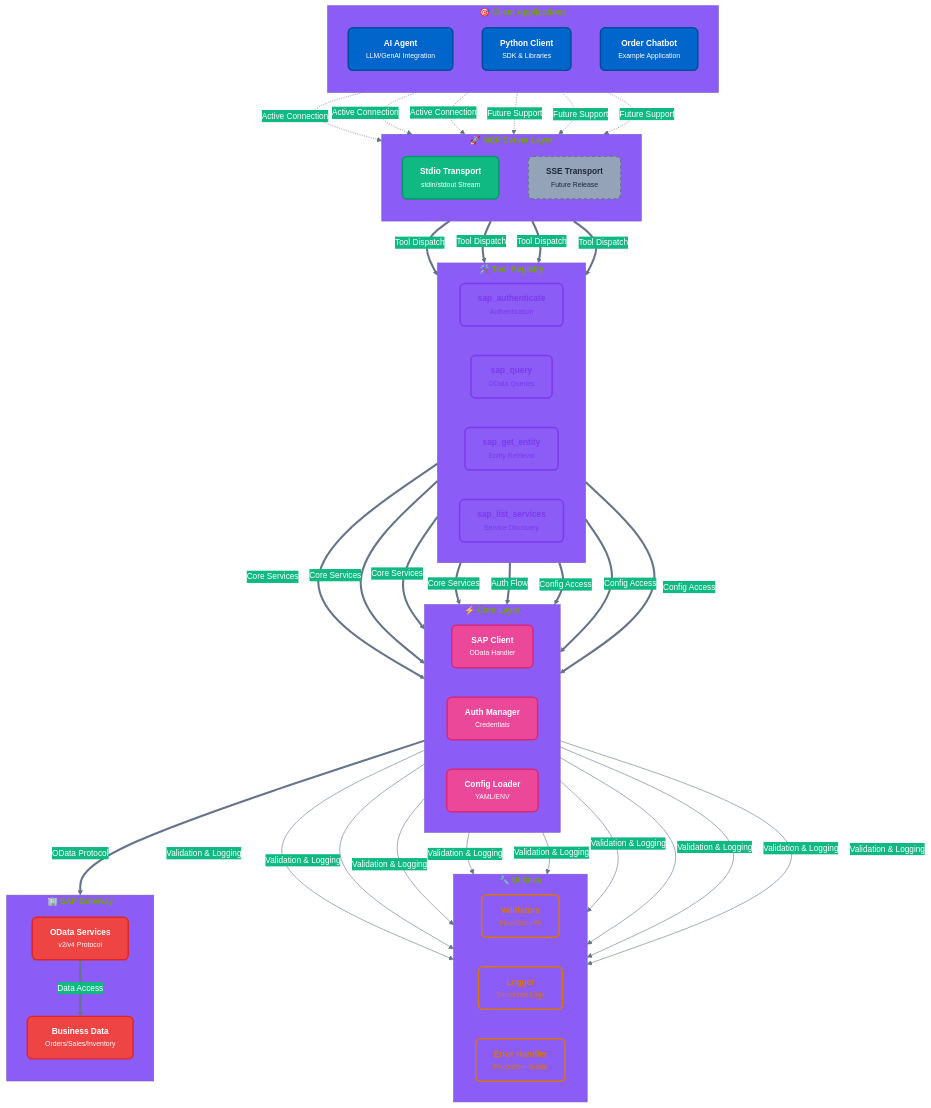
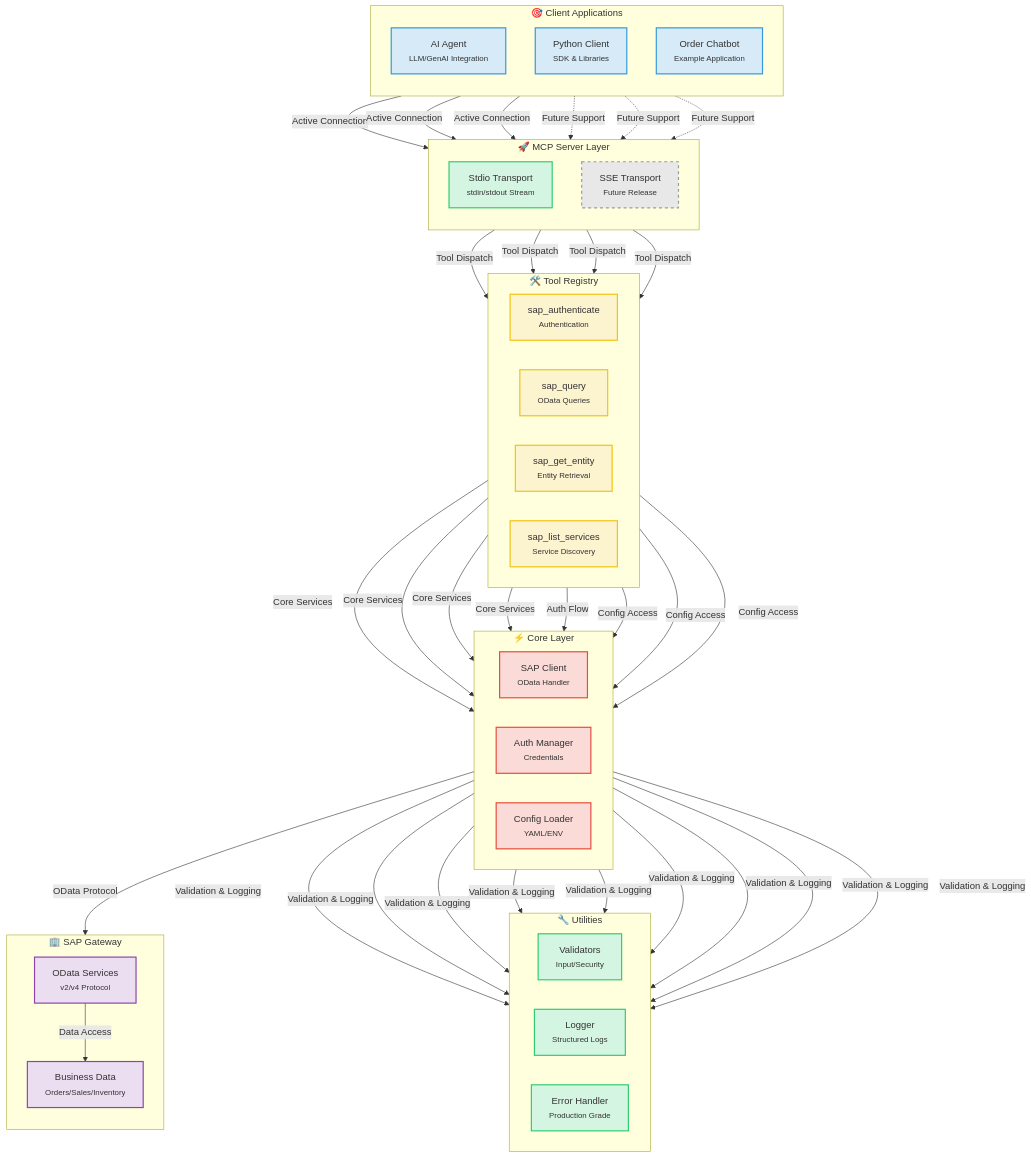
The first of 5 diagrams in README.md (midasol/sap-mcp-server), drawn with Mermaid before and after one commit. The commit also changed other lines of this file, not shown here.

````diff
--- a/README.md
+++ b/README.md
@@ -38,62 +38,69 @@
 ```mermaid
-%%{init: {'theme':'base', 'themeVariables': { 'primaryColor':'#0066CC','primaryTextColor':'#FFFFFF','primaryBorderColor':'#004C99','lineColor':'#64748B','secondaryColor':'#10B981','tertiaryColor':'#8B5CF6','fontSize':'14px','fontFamily':'system-ui, -apple-system, sans-serif'}}}%%
 graph TB
-    subgraph clients["<b>🎯 Client Applications</b>"]
+    subgraph clients["🎯 Client Applications"]
         direction TB
-        A1["<b>AI Agent</b><br/><small>LLM/GenAI Integration</small>"]:::clientNode
-        A2["<b>Python Client</b><br/><small>SDK & Libraries</small>"]:::clientNode
-        A3["<b>Order Chatbot</b><br/><small>Example Application</small>"]:::clientNode
+        A1["AI Agent<br/><small>LLM/GenAI Integration</small>"]
+        A2["Python Client<br/><small>SDK & Libraries</small>"]
+        A3["Order Chatbot<br/><small>Example Application</small>"]
     end
 
-    subgraph transport["<b>🚀 MCP Server Layer</b>"]
+    subgraph transport["🚀 MCP Server Layer"]
         direction TB
-        B1["<b>Stdio Transport</b><br/><small>stdin/stdout Stream</small>"]:::transportNode
-        B2["<b>SSE Transport</b><br/><small>Future Release</small>"]:::futureNode
+        B1["Stdio Transport<br/><small>stdin/stdout Stream</small>"]
+        B2["SSE Transport<br/><small>Future Release</small>"]
     end
 
-    subgraph registry["<b>🛠️ Tool Registry</b>"]
+    subgraph registry["🛠️ Tool Registry"]
         direction LR
-        C1["<b>sap_authenticate</b><br/><small>Authentication</small>"]:::toolNode
-        C2["<b>sap_query</b><br/><small>OData Queries</small>"]:::toolNode
-        C3["<b>sap_get_entity</b><br/><small>Entity Retrieval</small>"]:::toolNode
-        C4["<b>sap_list_services</b><br/><small>Service Discovery</small>"]:::toolNode
+        C1["sap_authenticate<br/><small>Authentication</small>"]
+        C2["sap_query<br/><small>OData Queries</small>"]
+        C3["sap_get_entity<br/><small>Entity Retrieval</small>"]
+        C4["sap_list_services<br/><small>Service Discovery</small>"]
     end
 
-    subgraph core["<b>⚡ Core Layer</b>"]
+    subgraph core["⚡ Core Layer"]
         direction LR
-        D1["<b>SAP Client</b><br/><small>OData Handler</small>"]:::coreNode
-        D2["<b>Auth Manager</b><br/><small>Credentials</small>"]:::coreNode
-        D3["<b>Config Loader</b><br/><small>YAML/ENV</small>"]:::coreNode
+        D1["SAP Client<br/><small>OData Handler</small>"]
+        D2["Auth Manager<br/><small>Credentials</small>"]
+        D3["Config Loader<br/><small>YAML/ENV</small>"]
     end
 
-    subgraph utils["<b>🔧 Utilities</b>"]
+    subgraph utils["🔧 Utilities"]
         direction LR
-        E1["<b>Validators</b><br/><small>Input/Security</small>"]:::utilNode
-        E2["<b>Logger</b><br/><small>Structured Logs</small>"]:::utilNode
-        E3["<b>Error Handler</b><br/><small>Production Grade</small>"]:::utilNode
+        E1["Validators<br/><small>Input/Security</small>"]
+        E2["Logger<br/><small>Structured Logs</small>"]
+        E3["Error Handler<br/><small>Production Grade</small>"]
     end
 
-    subgraph sap["<b>🏢 SAP Gateway</b>"]
+    subgraph sap["🏢 SAP Gateway"]
         direction TB
-        F1["<b>OData Services</b><br/><small>v2/v4 Protocol</small>"]:::sapNode
-        F2["<b>Business Data</b><br/><small>Orders/Sales/Inventory</small>"]:::sapNode
+        F1["OData Services<br/><small>v2/v4 Protocol</small>"]
+        F2["Business Data<br/><small>Orders/Sales/Inventory</small>"]
     end
 
-    A1 & A2 & A3 -.->|"Active Connection"| B1
-    A1 & A2 & A3 -.->|"Future Support"| B2
-    B1 ==>|"Tool Dispatch"| C1 & C2 & C3 & C4
-    C1 & C2 & C3 & C4 ==>|"Core Services"| D1
-    C1 ==>|"Auth Flow"| D2
-    C2 & C3 & C4 ==>|"Config Access"| D3
-    D1 & D2 & D3 -->|"Validation & Logging"| E1 & E2 & E3
-    D1 ==>|"OData Protocol"| F1
-    F1 ==>|"Data Access"| F2
+    A1 & A2 & A3 -->|Active Connection| B1
+    A1 & A2 & A3 -.->|Future Support| B2
+    B1 -->|Tool Dispatch| C1 & C2 & C3 & C4
+    C1 & C2 & C3 & C4 -->|Core Services| D1
+    C1 -->|Auth Flow| D2
+    C2 & C3 & C4 -->|Config Access| D3
+    D1 & D2 & D3 -->|Validation & Logging| E1 & E2 & E3
+    D1 -->|OData Protocol| F1
+    F1 -->|Data Access| F2
 
-    classDef clientNode fill:#0066CC,stroke:#004C99,stroke-width:2.5px,color:#FFFFFF,rx:8,ry:8
-    classDef transportNode fill:#10B981,stroke:#059669,stroke-width:2.5px,color:#FFFFFF,rx:8,ry:8
-    classDef futureNode fill:#94A3B8,stroke:#64748B,stroke-width:2px,stroke-dasharray:5 5,color:#1E293B,rx:8,ry:8
-    classDef toolNode fill:none,stroke:#7C3AED,stroke-width:2.5px,color:#7C3AED,rx:8,ry:8
-    classDef coreNode fill:#EC4899,stroke:#DB2777,stroke-width:2.5px,color:#FFFFFF,rx:8,ry:8
-    classDef utilNode fill:none,stroke:#D97706,stroke-width:2.5px,color:#D97706,rx:8,ry:8
-    classDef sapNode fill:#EF4444,stroke:#DC2626,stroke-width:2.5px,color:#FFFFFF,rx:8,ry:8
+    classDef clientNode fill:#D6EAF8,stroke:#3498DB,stroke-width:2px
+    classDef transportNode fill:#D5F5E3,stroke:#2ECC71,stroke-width:2px
+    classDef futureNode fill:#E8E8E8,stroke:#999999,stroke-width:2px,stroke-dasharray:5 5
+    classDef toolNode fill:#FCF3CF,stroke:#F1C40F,stroke-width:2px
+    classDef coreNode fill:#FADBD8,stroke:#E74C3C,stroke-width:2px
+    classDef utilNode fill:#D5F5E3,stroke:#2ECC71,stroke-width:2px
+    classDef sapNode fill:#EBDEF0,stroke:#8E44AD,stroke-width:2px
+
+    class A1,A2,A3 clientNode
+    class B1 transportNode
+    class B2 futureNode
+    class C1,C2,C3,C4 toolNode
+    class D1,D2,D3 coreNode
+    class E1,E2,E3 utilNode
+    class F1,F2 sapNode
 ```
````
